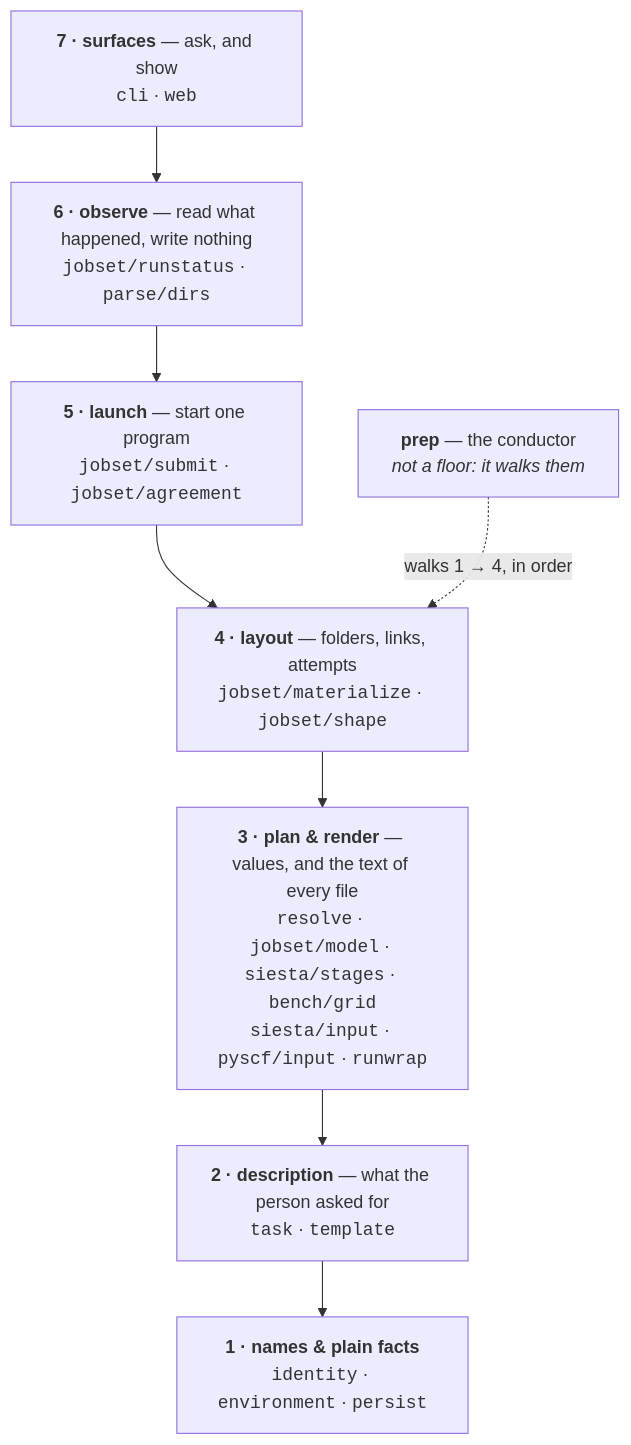
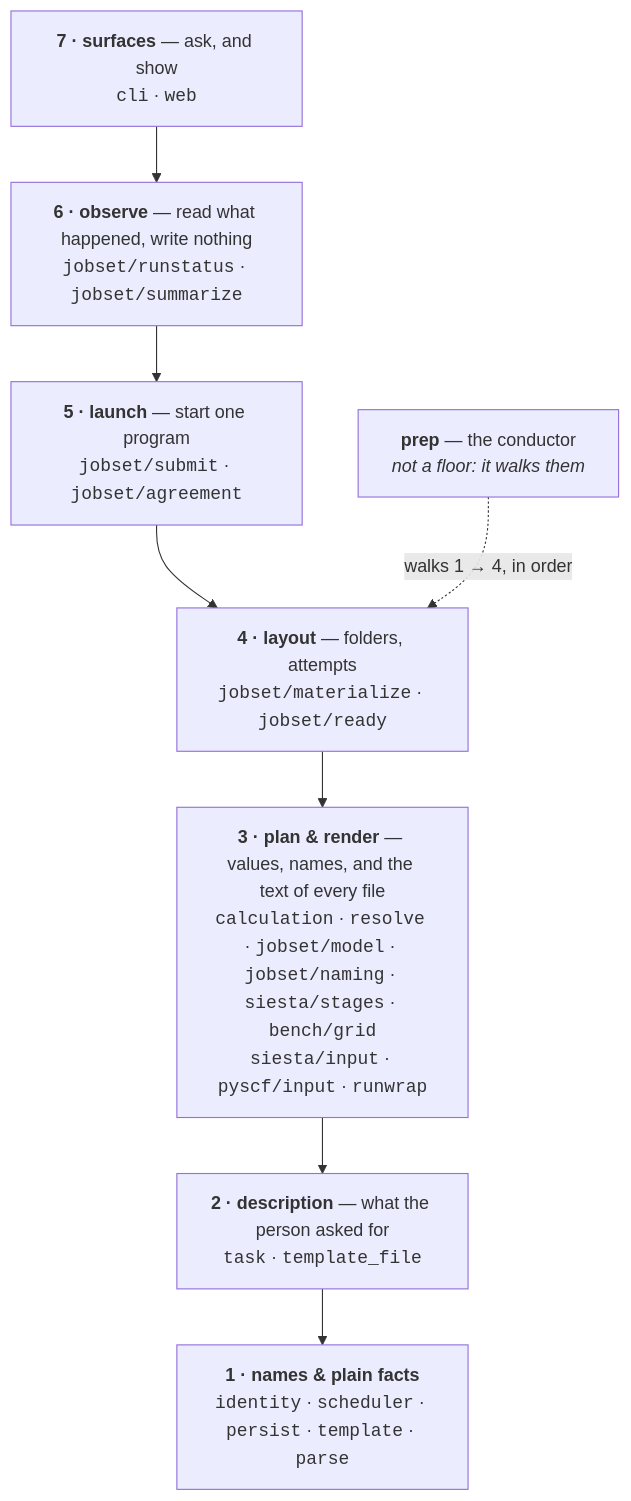
The first of 7 diagrams in docs/execution/script-preparation.md (Qing-LAB/molbuilder), drawn with Mermaid before and after one commit. The commit also changed other lines of this file and 106 other files, not shown here.

````diff
--- a/docs/execution/script-preparation.md
+++ b/docs/execution/script-preparation.md
@@ -53,13 +53,13 @@
 ```mermaid
 flowchart TB
     F7["<b>7 · surfaces</b> — ask, and show<br/><code>cli</code> · <code>web</code>"]
-    F6["<b>6 · observe</b> — read what happened, write nothing<br/><code>jobset/runstatus</code> · <code>parse/dirs</code>"]
+    F6["<b>6 · observe</b> — read what happened, write nothing<br/><code>jobset/runstatus</code> · <code>jobset/summarize</code>"]
     F5["<b>5 · launch</b> — start one program<br/><code>jobset/submit</code> · <code>jobset/agreement</code>"]
-    F4["<b>4 · layout</b> — folders, links, attempts<br/><code>jobset/materialize</code> · <code>jobset/shape</code>"]
-    F3["<b>3 · plan &amp; render</b> — values, and the text of every file<br/><code>resolve</code> · <code>jobset/model</code> · <code>siesta/stages</code> · <code>bench/grid</code><br/><code>siesta/input</code> · <code>pyscf/input</code> · <code>runwrap</code>"]
-    F2["<b>2 · description</b> — what the person asked for<br/><code>task</code> · <code>template</code>"]
-    F1["<b>1 · names &amp; plain facts</b><br/><code>identity</code> · <code>environment</code> · <code>persist</code>"]
+    F4["<b>4 · layout</b> — folders, attempts<br/><code>jobset/materialize</code> · <code>jobset/ready</code>"]
+    F3["<b>3 · plan &amp; render</b> — values, names, and the text of every file<br/><code>calculation</code> · <code>resolve</code> · <code>jobset/model</code> · <code>jobset/naming</code> · <code>siesta/stages</code> · <code>bench/grid</code><br/><code>siesta/input</code> · <code>pyscf/input</code> · <code>runwrap</code>"]
+    F2["<b>2 · description</b> — what the person asked for<br/><code>task</code> · <code>template_file</code>"]
+    F1["<b>1 · names &amp; plain facts</b><br/><code>identity</code> · <code>scheduler</code> · <code>persist</code> · <code>template</code> · <code>parse</code>"]
     F7 --> F6 --> F5 --> F4 --> F3 --> F2 --> F1
     PREP["<b>prep</b> — the conductor<br/><i>not a floor: it walks them</i>"]
     PREP -.->|"walks 1 → 4, in order"| F4
 ```
````
